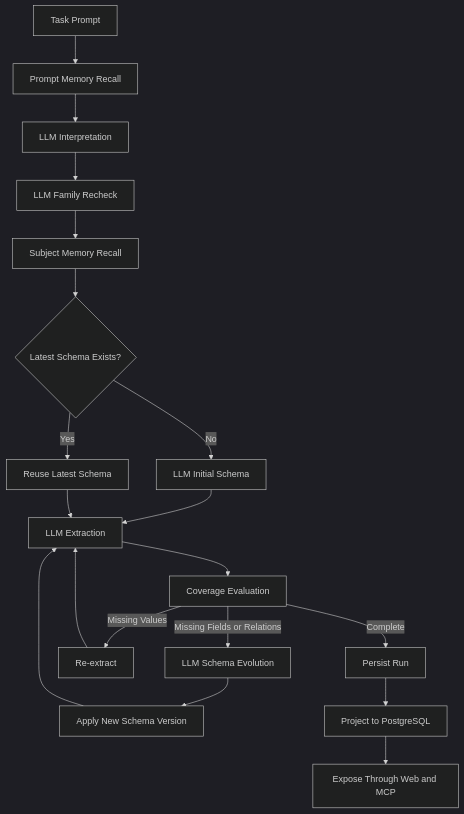
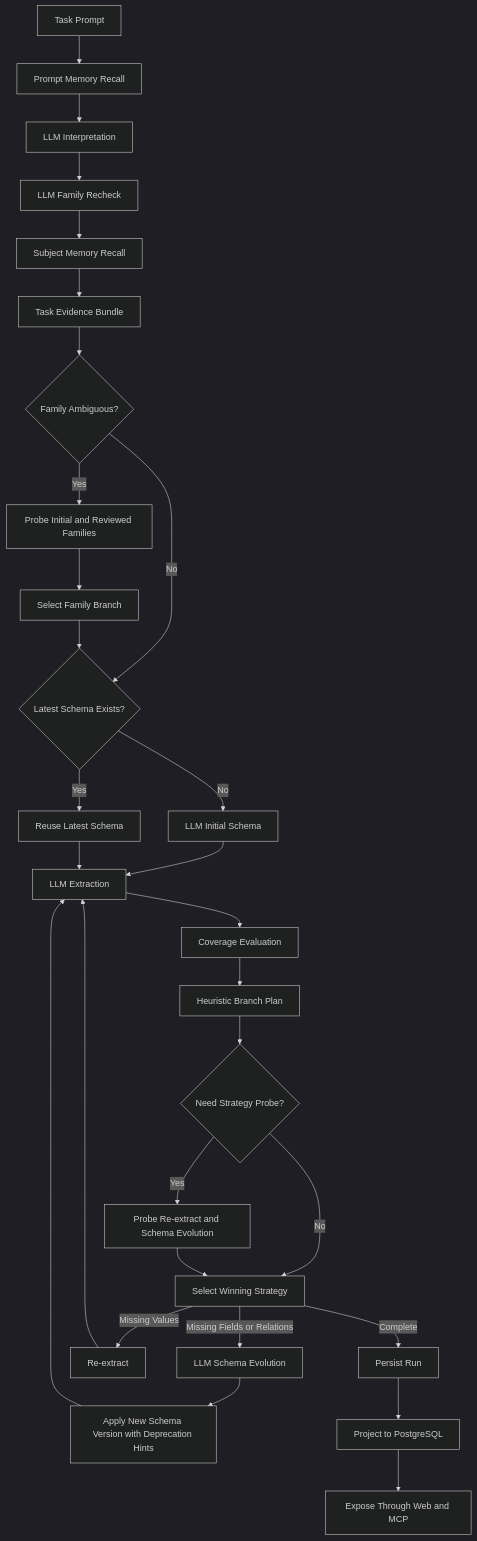
One commit to kawayuta/TraceRelay changed the second of 2 diagrams in docs/ARCHITECTURE.md. Above: the diagram before and after it, drawn with Mermaid (dark theme). The commit also changed other lines of this file and 24 other files, not shown here.

Commit message:
feat: add strategy-aware evolution controller

````diff
--- a/docs/ARCHITECTURE.md
+++ b/docs/ARCHITECTURE.md
@@ -22,21 +22,31 @@
 ```mermaid
 flowchart TD
     A[Task Prompt] --> B[Prompt Memory Recall]
     B --> C[LLM Interpretation]
     C --> D[LLM Family Recheck]
     D --> E[Subject Memory Recall]
-    E --> F{Latest Schema Exists?}
+    E --> E1[Task Evidence Bundle]
+    E1 --> E2{Family Ambiguous?}
+    E2 -->|Yes| E3[Probe Initial and Reviewed Families]
+    E3 --> E4[Select Family Branch]
+    E2 -->|No| F{Latest Schema Exists?}
+    E4 --> F
     F -->|No| G[LLM Initial Schema]
     F -->|Yes| H[Reuse Latest Schema]
     G --> I[LLM Extraction]
     H --> I
     I --> J[Coverage Evaluation]
-    J -->|Complete| K[Persist Run]
-    J -->|Missing Values| L[Re-extract]
+    J --> J1[Heuristic Branch Plan]
+    J1 --> J2{Need Strategy Probe?}
+    J2 -->|Yes| J3[Probe Re-extract and Schema Evolution]
+    J2 -->|No| K
+    J3 --> K[Select Winning Strategy]
+    K -->|Complete| O[Persist Run]
+    K -->|Missing Values| L[Re-extract]
     L --> I
-    J -->|Missing Fields or Relations| M[LLM Schema Evolution]
-    M --> N[Apply New Schema Version]
+    K -->|Missing Fields or Relations| M[LLM Schema Evolution]
+    M --> N[Apply New Schema Version with Deprecation Hints]
     N --> I
-    K --> O[Project to PostgreSQL]
-    O --> P[Expose Through Web and MCP]
+    O --> P[Project to PostgreSQL]
+    P --> Q[Expose Through Web and MCP]
 ```
````
